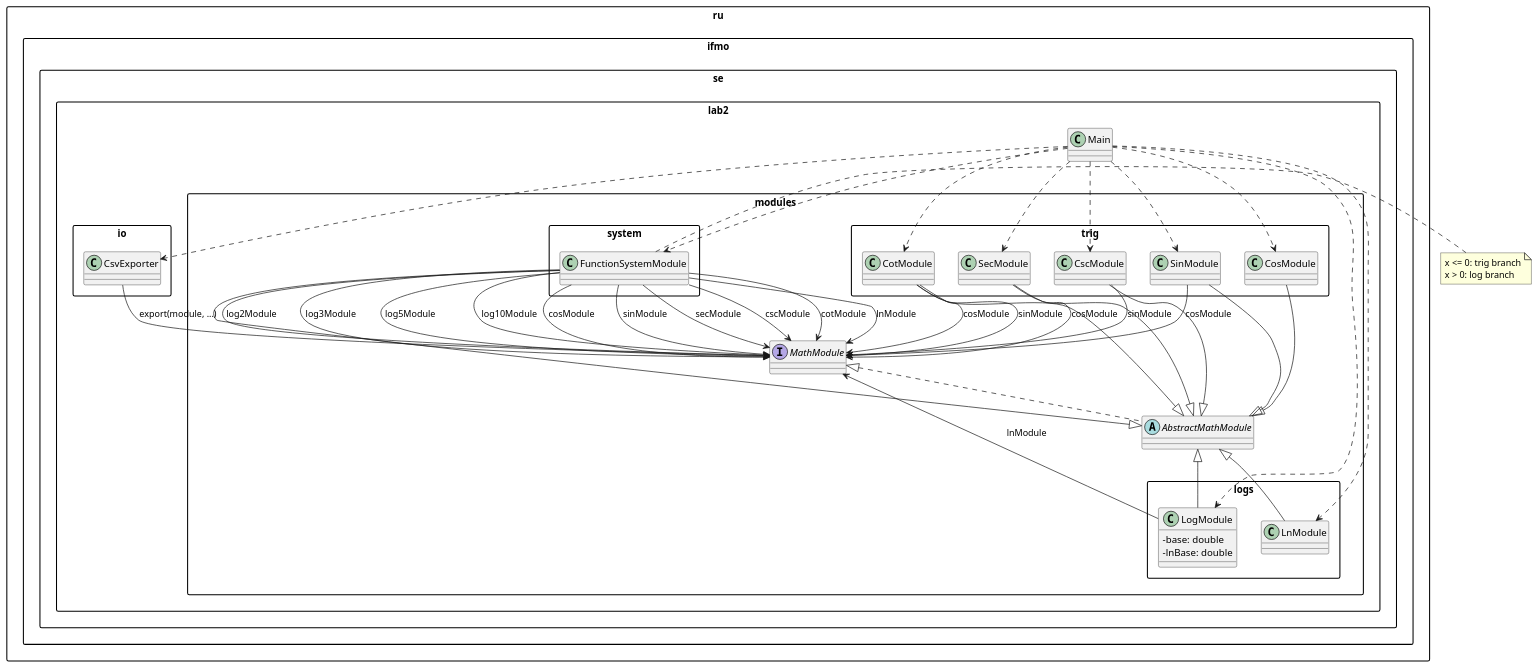
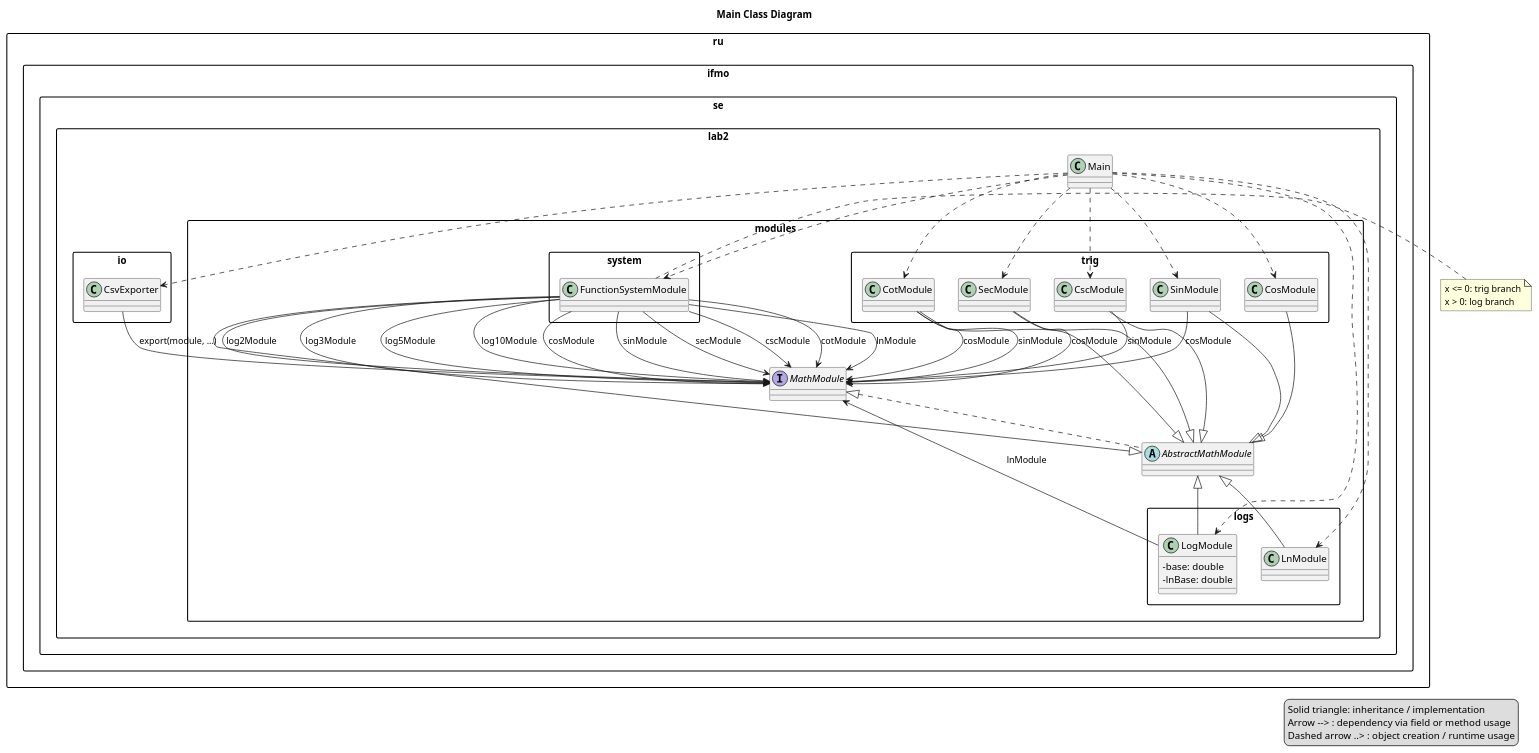
Before and after one commit to tsostanov/javaQA: the diagram in docs/class-diagram.puml, drawn with PlantUML. The commit also changed 3 other files, not shown here.

Commit message:
Update UML diagrams

```diff
--- a/docs/class-diagram.puml
+++ b/docs/class-diagram.puml
@@ -1,84 +1,91 @@
 @startuml
 skinparam classAttributeIconSize 0
 skinparam shadowing false
 skinparam packageStyle rectangle
+title Main Class Diagram
 
 package "ru.ifmo.se.lab2" {
   class Main
 }
 
 package "ru.ifmo.se.lab2.io" {
   class CsvExporter
 }
 
 package "ru.ifmo.se.lab2.modules" {
   interface MathModule
   abstract class AbstractMathModule
 }
 
 package "ru.ifmo.se.lab2.modules.trig" {
   class CosModule
   class SinModule
   class SecModule
   class CscModule
   class CotModule
 }
 
 package "ru.ifmo.se.lab2.modules.logs" {
   class LnModule
   class LogModule {
     - base: double
     - lnBase: double
   }
 }
 
 package "ru.ifmo.se.lab2.modules.system" {
   class FunctionSystemModule
 }
 
 MathModule <|.. AbstractMathModule
 AbstractMathModule <|-- CosModule
 AbstractMathModule <|-- SinModule
 AbstractMathModule <|-- SecModule
 AbstractMathModule <|-- CscModule
 AbstractMathModule <|-- CotModule
 AbstractMathModule <|-- LnModule
 AbstractMathModule <|-- LogModule
 AbstractMathModule <|-- FunctionSystemModule
 
 SinModule --> MathModule : cosModule
 SecModule --> MathModule : cosModule
 CscModule --> MathModule : sinModule
 CotModule --> MathModule : cosModule
 CotModule --> MathModule : sinModule
 LogModule --> MathModule : lnModule
 
 FunctionSystemModule --> MathModule : cosModule
 FunctionSystemModule --> MathModule : sinModule
 FunctionSystemModule --> MathModule : secModule
 FunctionSystemModule --> MathModule : cscModule
 FunctionSystemModule --> MathModule : cotModule
 FunctionSystemModule --> MathModule : lnModule
 FunctionSystemModule --> MathModule : log2Module
 FunctionSystemModule --> MathModule : log3Module
 FunctionSystemModule --> MathModule : log5Module
 FunctionSystemModule --> MathModule : log10Module
 
 CsvExporter --> MathModule : export(module, ...)
 
 Main ..> CsvExporter
 Main ..> CosModule
 Main ..> SinModule
 Main ..> SecModule
 Main ..> CscModule
 Main ..> CotModule
 Main ..> LnModule
 Main ..> LogModule
 Main ..> FunctionSystemModule
 
 note right of FunctionSystemModule
   x <= 0: trig branch
   x > 0: log branch
 end note
 
+legend right
+  Solid triangle: inheritance / implementation
+  Arrow --> : dependency via field or method usage
+  Dashed arrow ..> : object creation / runtime usage
+endlegend
+
 @enduml
```
